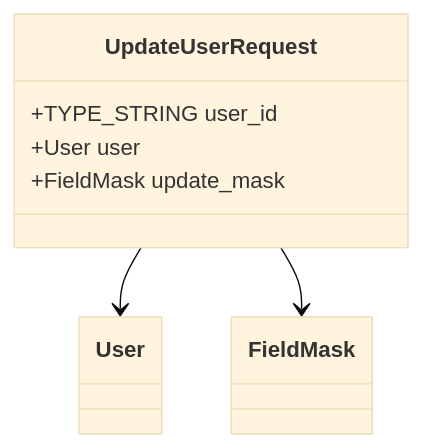
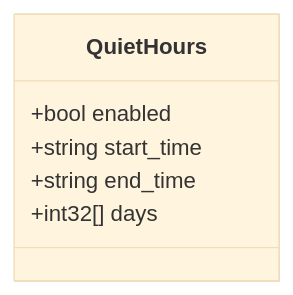
Diagram 43 of 47 in test-monorepo/docs/consolidated/UserService.md (kyivinua/root), drawn with Mermaid (base theme) before and after one commit. The commit also changed other lines of this file and 5 other files, not shown here.

````diff
--- a/test-monorepo/docs/consolidated/UserService.md
+++ b/test-monorepo/docs/consolidated/UserService.md
@@ -1178,10 +2127,9 @@
 ```mermaid
 classDiagram
-    class UpdateUserRequest {
-        +TYPE_STRING user_id
-        +User user
-        +FieldMask update_mask
+    class QuietHours {
+        +bool enabled
+        +string start_time
+        +string end_time
+        +int32[] days
     }
-    UpdateUserRequest --> User
-    UpdateUserRequest --> FieldMask
 ```
````
